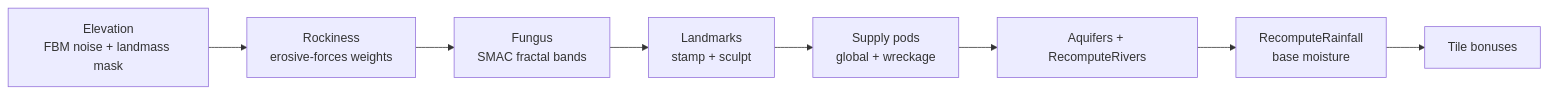
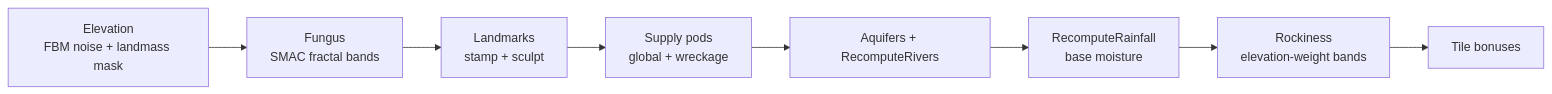
One commit to kilianloftis/alpha-centauri changed the second of 2 diagrams in docs/architecture/map-system.md. Above: the diagram before and after it, drawn with Mermaid. The commit also changed other lines of this file and 16 other files, not shown here.

````diff
--- a/docs/architecture/map-system.md
+++ b/docs/architecture/map-system.md
@@ -184,10 +184,10 @@
 ```mermaid
 graph LR
-    Elevation[Elevation<br/>FBM noise + landmass mask] --> Rockiness[Rockiness<br/>erosive-forces weights]
-    Rockiness --> Fungus[Fungus<br/>SMAC fractal bands]
+    Elevation[Elevation<br/>FBM noise + landmass mask] --> Fungus[Fungus<br/>SMAC fractal bands]
     Fungus --> Landmarks[Landmarks<br/>stamp + sculpt]
     Landmarks --> SupplyPods[Supply pods<br/>global + wreckage]
     SupplyPods --> Rivers[Aquifers + RecomputeRivers]
     Rivers --> Rainfall[RecomputeRainfall<br/>base moisture]
-    Rainfall --> Bonuses[Tile bonuses]
+    Rainfall --> Rockiness[Rockiness<br/>elevation-weight bands]
+    Rockiness --> Bonuses[Tile bonuses]
 ```
````
